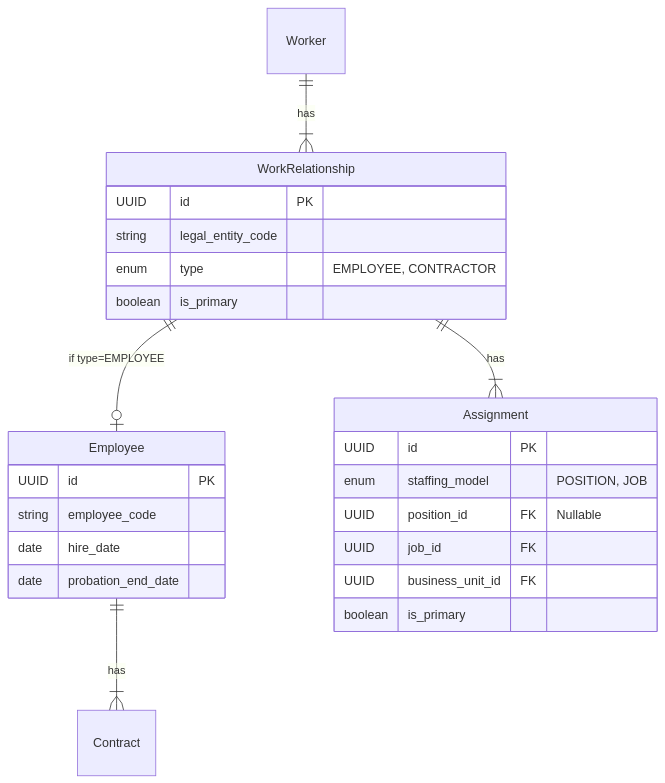
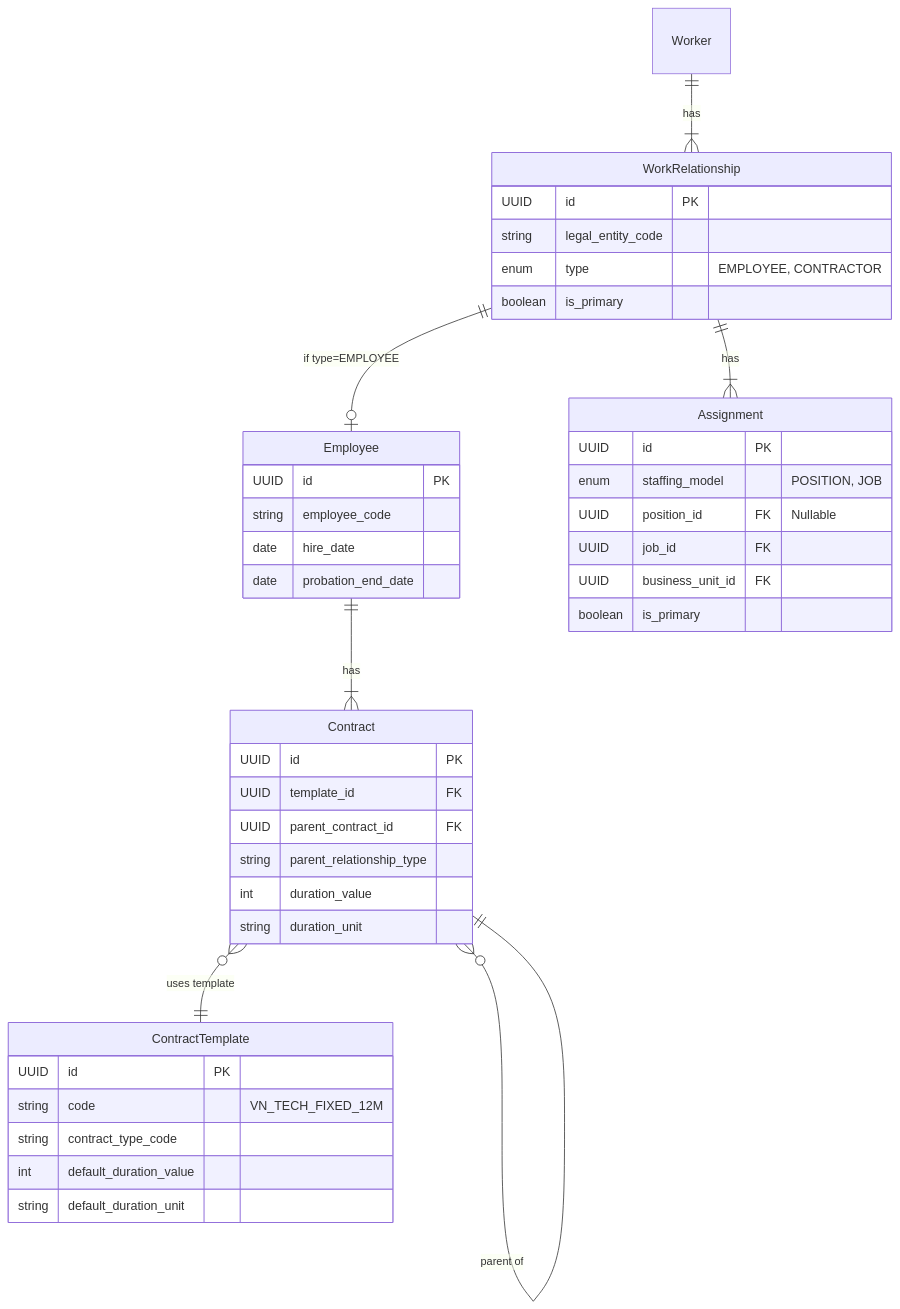
The third of 5 diagrams in docs/01-modules/CO/01-concept/04-data-model-guide.md (a4b-corporation/xTalent), drawn with Mermaid before and after one commit. The commit also changed other lines of this file and 23 other files, not shown here.

````diff
--- a/docs/01-modules/CO/01-concept/04-data-model-guide.md
+++ b/docs/01-modules/CO/01-concept/04-data-model-guide.md
@@ -127,30 +127,49 @@
 ```mermaid
 erDiagram
     Worker ||--|{ WorkRelationship : has
     WorkRelationship ||--o| Employee : "if type=EMPLOYEE"
     WorkRelationship ||--|{ Assignment : has
     Employee ||--|{ Contract : has
+    Contract }o--|| ContractTemplate : "uses template"
+    Contract }o--|| Contract : "parent of"
     
     WorkRelationship {
         UUID id PK
         string legal_entity_code
         enum type "EMPLOYEE, CONTRACTOR"
         boolean is_primary
     }
     
     Employee {
         UUID id PK
         string employee_code
         date hire_date
         date probation_end_date
     }
     
+    ContractTemplate {
+        UUID id PK
+        string code "VN_TECH_FIXED_12M"
+        string contract_type_code
+        int default_duration_value
+        string default_duration_unit
+    }
+    
+    Contract {
+        UUID id PK
+        UUID template_id FK
+        UUID parent_contract_id FK
+        string parent_relationship_type
+        int duration_value
+        string duration_unit
+    }
+    
     Assignment {
         UUID id PK
         enum staffing_model "POSITION, JOB"
         UUID position_id FK "Nullable"
         UUID job_id FK
         UUID business_unit_id FK
         boolean is_primary
     }
 ```
````
